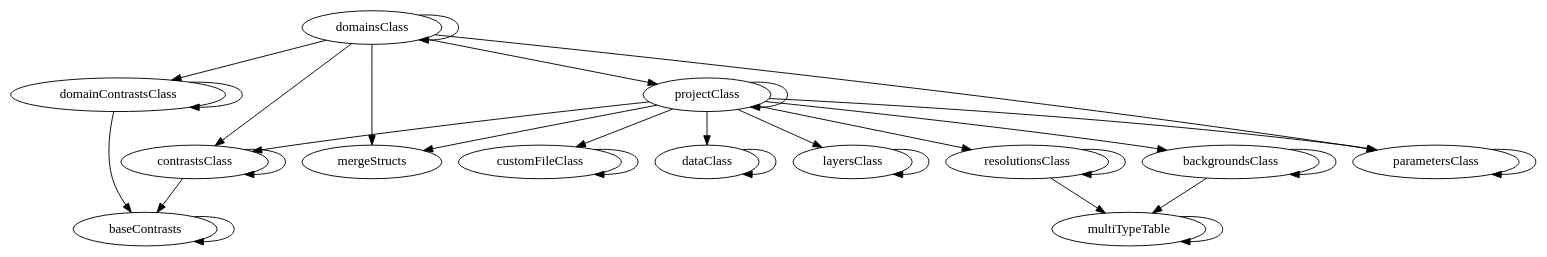
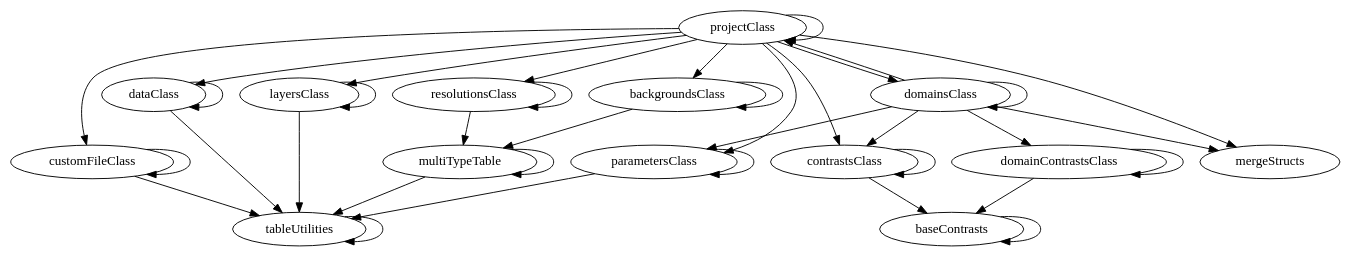
One commit to RascalSoftware/RAT changed the diagram in master/api_reference/API/projectClass/graph.dot. Above: the diagram before and after it, drawn with Graphviz. The commit also changed 173 other files, not shown here.

```diff
--- a/master/api_reference/API/projectClass/graph.dot
+++ b/master/api_reference/API/projectClass/graph.dot
@@ -1,46 +1,54 @@
 /* Created by mdot for Matlab */
 digraph m2html {
   backgroundsClass -> backgroundsClass;
   backgroundsClass -> multiTypeTable;
   baseContrasts -> baseContrasts;
   contrastsClass -> baseContrasts;
   contrastsClass -> contrastsClass;
   customFileClass -> customFileClass;
+  customFileClass -> tableUtilities;
   dataClass -> dataClass;
+  dataClass -> tableUtilities;
   domainContrastsClass -> baseContrasts;
   domainContrastsClass -> domainContrastsClass;
   domainsClass -> contrastsClass;
   domainsClass -> domainContrastsClass;
   domainsClass -> domainsClass;
   domainsClass -> mergeStructs;
   domainsClass -> parametersClass;
   domainsClass -> projectClass;
   layersClass -> layersClass;
+  layersClass -> tableUtilities;
   multiTypeTable -> multiTypeTable;
+  multiTypeTable -> tableUtilities;
   parametersClass -> parametersClass;
+  parametersClass -> tableUtilities;
   projectClass -> backgroundsClass;
   projectClass -> contrastsClass;
   projectClass -> customFileClass;
   projectClass -> dataClass;
+  projectClass -> domainsClass;
   projectClass -> layersClass;
   projectClass -> mergeStructs;
   projectClass -> parametersClass;
   projectClass -> projectClass;
   projectClass -> resolutionsClass;
   resolutionsClass -> multiTypeTable;
   resolutionsClass -> resolutionsClass;
+  tableUtilities -> tableUtilities;
 
   backgroundsClass [URL="backgroundsClass.html"];
   baseContrasts [URL="baseContrasts.html"];
   contrastsClass [URL="contrastsClass.html"];
   customFileClass [URL="customFileClass.html"];
   dataClass [URL="dataClass.html"];
   domainContrastsClass [URL="domainContrastsClass.html"];
   domainsClass [URL="domainsClass.html"];
   layersClass [URL="layersClass.html"];
   mergeStructs [URL="mergeStructs.html"];
   multiTypeTable [URL="multiTypeTable.html"];
   parametersClass [URL="parametersClass.html"];
   projectClass [URL="projectClass.html"];
   resolutionsClass [URL="resolutionsClass.html"];
+  tableUtilities [URL="tableUtilities.html"];
 }
```
